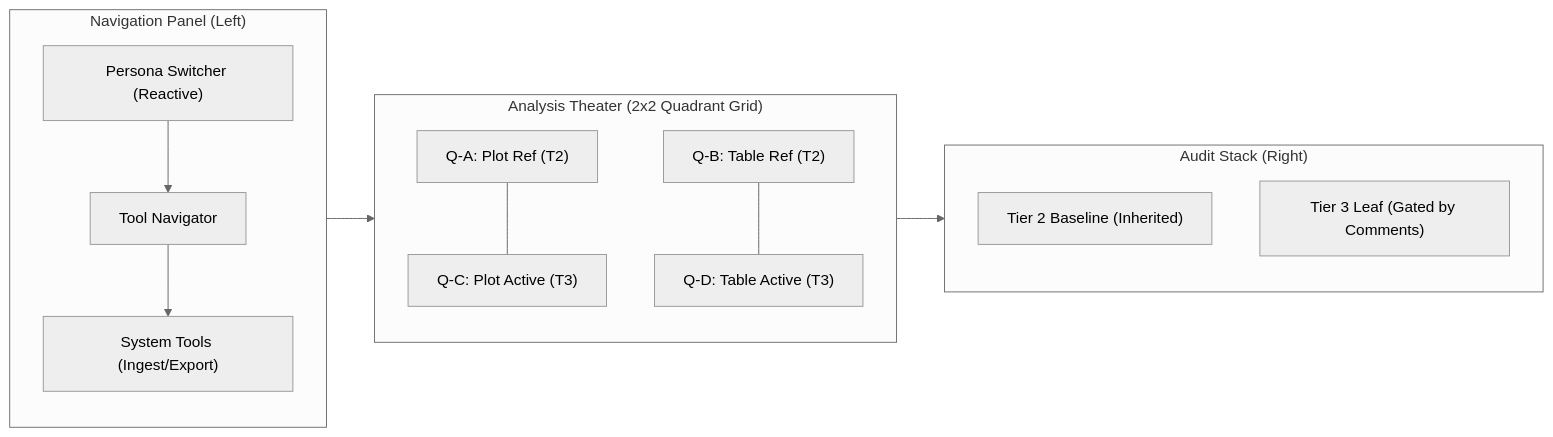
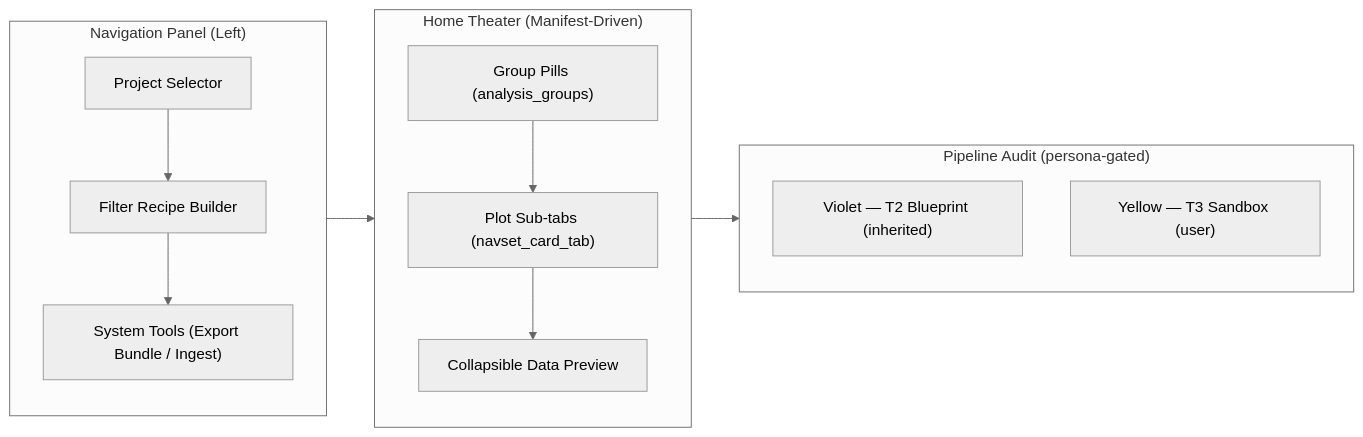
The diagram in docs/workflows/dashboard_app.qmd (NorwegianVeterinaryInstitute/SPARMVET_VIZ), drawn with Mermaid (neutral theme) before and after one commit. The commit also changed other lines of this file and 3 other files, not shown here.

Commit message:
docs: update documentation for VizFactory auto-axis adjustment, filter panel functionality, and dashboard shell architecture.

````diff
--- a/docs/workflows/dashboard_app.qmd
+++ b/docs/workflows/dashboard_app.qmd
@@ -28,23 +28,23 @@
 ```{mermaid}
 graph LR
     subgraph Left_Sidebar ["Navigation Panel (Left)"]
         direction TB
-        A["Persona Switcher (Reactive)"] --> B["Tool Navigator"]
-        B --> C["System Tools (Ingest/Export)"]
+        A["Project Selector"] --> B["Filter Recipe Builder"]
+        B --> C["System Tools (Export Bundle / Ingest)"]
     end
-    
-    subgraph Central_Theater ["Analysis Theater (2x2 Quadrant Grid)"]
+
+    subgraph Central_Theater ["Home Theater (Manifest-Driven)"]
         direction TB
-        D["Q-A: Plot Ref (T2)"] --- E["Q-C: Plot Active (T3)"]
-        F["Q-B: Table Ref (T2)"] --- G["Q-D: Table Active (T3)"]
+        D["Group Pills (analysis_groups)"] --> E["Plot Sub-tabs (navset_card_tab)"]
+        E --> F["Collapsible Data Preview"]
     end
-    
-    subgraph Right_Sidebar ["Audit Stack (Right)"]
+
+    subgraph Right_Sidebar ["Pipeline Audit (persona-gated)"]
         direction TB
-        H["Tier 2 Baseline (Inherited)"]
-        I["Tier 3 Leaf (Gated by Comments)"]
+        H["Violet — T2 Blueprint (inherited)"]
+        I["Yellow — T3 Sandbox (user)"]
     end
-    
+
     Left_Sidebar --> Central_Theater
     Central_Theater --> Right_Sidebar
 ```
````
